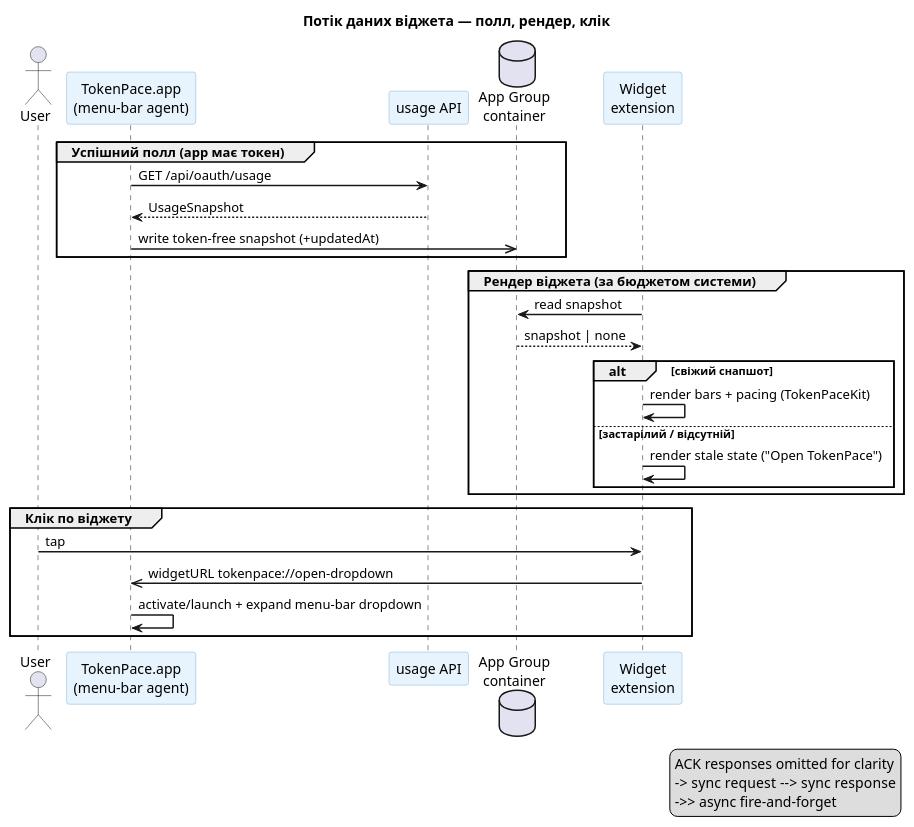
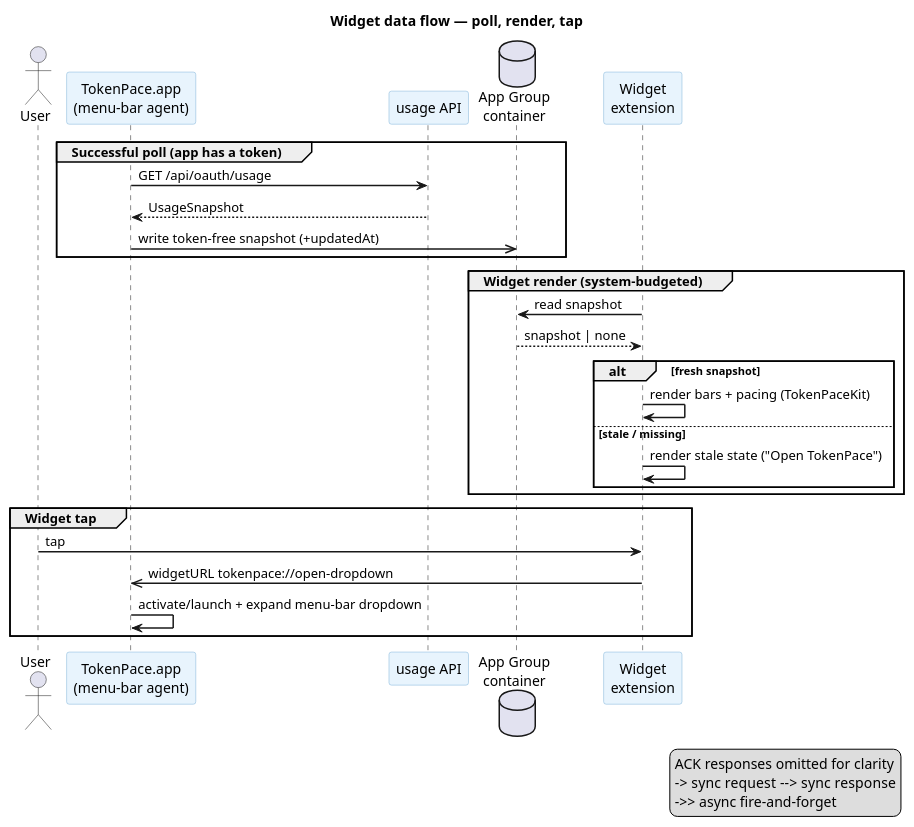
Before and after one commit to artem-from-ua/tokenpace: the diagram in docs/adr/0065-macos-widgetkit-widget-architecture.md, drawn with PlantUML. The commit also changed other lines of this file and 116 other files, not shown here.

````diff
--- a/docs/adr/0065-macos-widgetkit-widget-architecture.md
+++ b/docs/adr/0065-macos-widgetkit-widget-architecture.md
@@ -50,43 +55,43 @@
 ```plantuml
 @startuml
-title Потік даних віджета — полл, рендер, клік
+title Widget data flow — poll, render, tap
 skinparam sequenceArrowThickness 1.5
 skinparam LifeLineBorderColor #C0C0C0
 skinparam participantBackgroundColor #E8F4FD
 skinparam participantBorderColor #7FB3D8
 
 actor User
 participant "TokenPace.app\n(menu-bar agent)" as App
 participant "usage API" as API
 database "App Group\ncontainer" as Group
 participant "Widget\nextension" as Widget
 
-group Успішний полл (app має токен)
+group Successful poll (app has a token)
   App -> API: GET /api/oauth/usage
   API --> App: UsageSnapshot
   App ->> Group: write token-free snapshot (+updatedAt)
 end
 
-group Рендер віджета (за бюджетом системи)
+group Widget render (system-budgeted)
   Widget -> Group: read snapshot
   Group --> Widget: snapshot | none
-  alt свіжий снапшот
+  alt fresh snapshot
     Widget -> Widget: render bars + pacing (TokenPaceKit)
-  else застарілий / відсутній
+  else stale / missing
     Widget -> Widget: render stale state ("Open TokenPace")
   end
 end
 
-group Клік по віджету
+group Widget tap
   User -> Widget: tap
   Widget ->> App: widgetURL tokenpace://open-dropdown
   App -> App: activate/launch + expand menu-bar dropdown
 end
 
 legend right
   ACK responses omitted for clarity
   -> sync request  --> sync response
   ->> async fire-and-forget
 end legend
 @enduml
 ```
````
